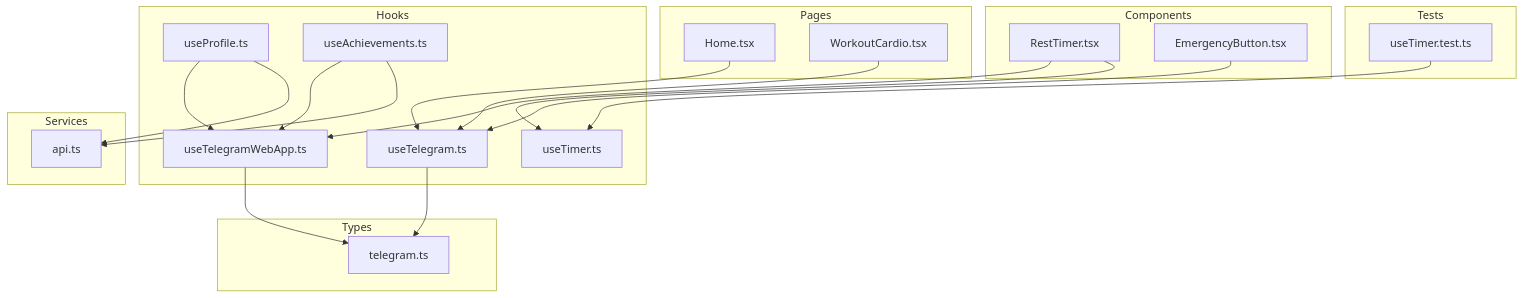
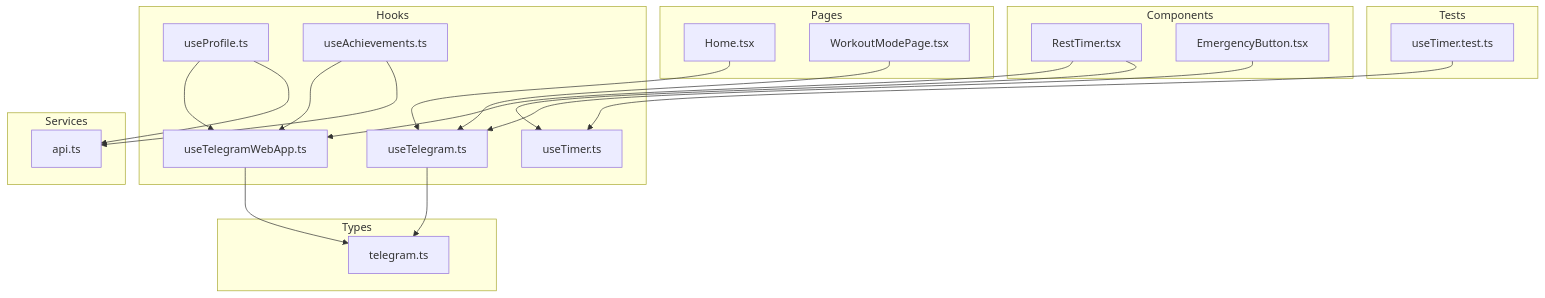
Before and after one commit to nilsnavi/fit_trackerpro: the first of 7 diagrams in .qoder/repowiki/en/content/Frontend Component Architecture/Custom Hooks System.md, drawn with Mermaid. The commit also changed other lines of this file and 10 other files, not shown here.

````diff
--- a/.qoder/repowiki/en/content/Frontend Component Architecture/Custom Hooks System.md
+++ b/.qoder/repowiki/en/content/Frontend Component Architecture/Custom Hooks System.md
@@ -60,39 +60,39 @@
 ```mermaid
 graph TB
 subgraph "Hooks"
 UP["useProfile.ts"]
 UA["useAchievements.ts"]
 UT["useTelegram.ts"]
 UTA["useTelegramWebApp.ts"]
 UTI["useTimer.ts"]
 end
 subgraph "Services"
 API["api.ts"]
 end
 subgraph "Types"
 TEL["telegram.ts"]
 end
 subgraph "Components"
 RT["RestTimer.tsx"]
 EB["EmergencyButton.tsx"]
 end
 subgraph "Pages"
 HOME["Home.tsx"]
-WCARDIO["WorkoutCardio.tsx"]
+WMODE["WorkoutModePage.tsx"]
 end
 subgraph "Tests"
 TST["useTimer.test.ts"]
 end
 UP --> API
 UA --> API
 UP --> UTA
 UA --> UTA
 UT --> TEL
 UTA --> TEL
 RT --> UTI
 RT --> UTA
 EB --> UT
 HOME --> UT
-WCARDIO --> UT
+WMODE --> UT
 TST --> UTI
 ```
````
